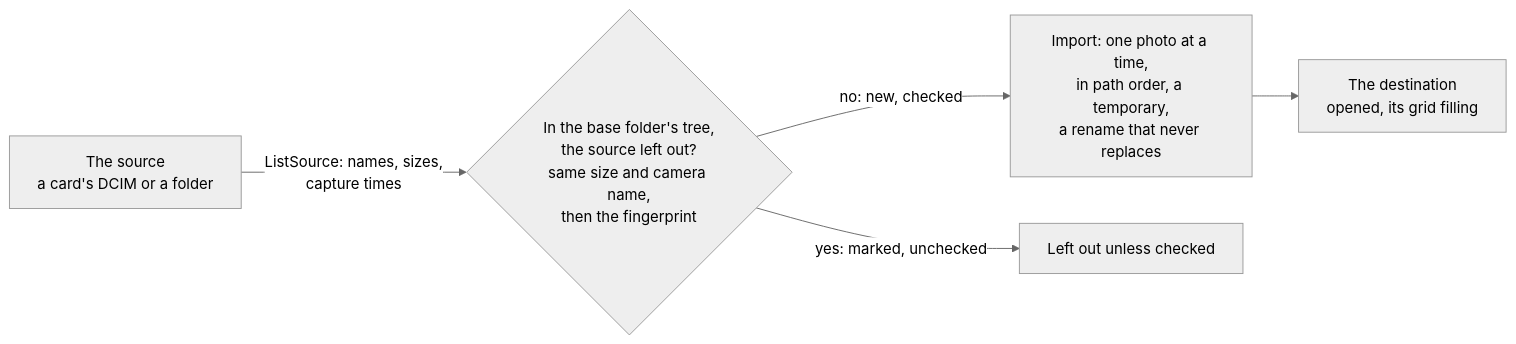
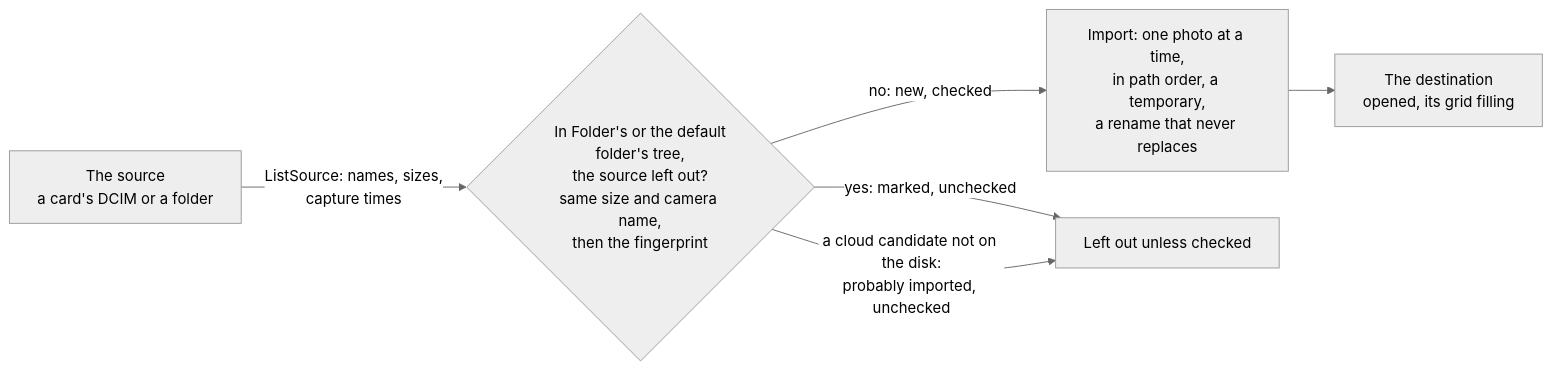
Before and after one commit to apertrust/apertrust: the second of 6 diagrams in docs/library.md, drawn with Mermaid (neutral theme). The commit also changed other lines of this file and 15 other files, not shown here.

````diff
--- a/docs/library.md
+++ b/docs/library.md
@@ -180,7 +180,8 @@
 ```mermaid
 flowchart LR
-    source["The source<br/>a card's DCIM or a folder"] -->|"ListSource: names, sizes,<br/>capture times"| check{"In the base folder's tree,<br/>the source left out?<br/>same size and camera name,<br/>then the fingerprint"}
+    source["The source<br/>a card's DCIM or a folder"] -->|"ListSource: names, sizes,<br/>capture times"| check{"In Folder's or the default<br/>folder's tree,<br/>the source left out?<br/>same size and camera name,<br/>then the fingerprint"}
     check -->|"no: new, checked"| copy["Import: one photo at a time,<br/>in path order, a temporary,<br/>a rename that never replaces"]
     check -->|"yes: marked, unchecked"| skip["Left out unless checked"]
+    check -->|"a cloud candidate not on the disk:<br/>probably imported, unchecked"| skip
     copy --> dest["The destination<br/>opened, its grid filling"]
 ```
````
